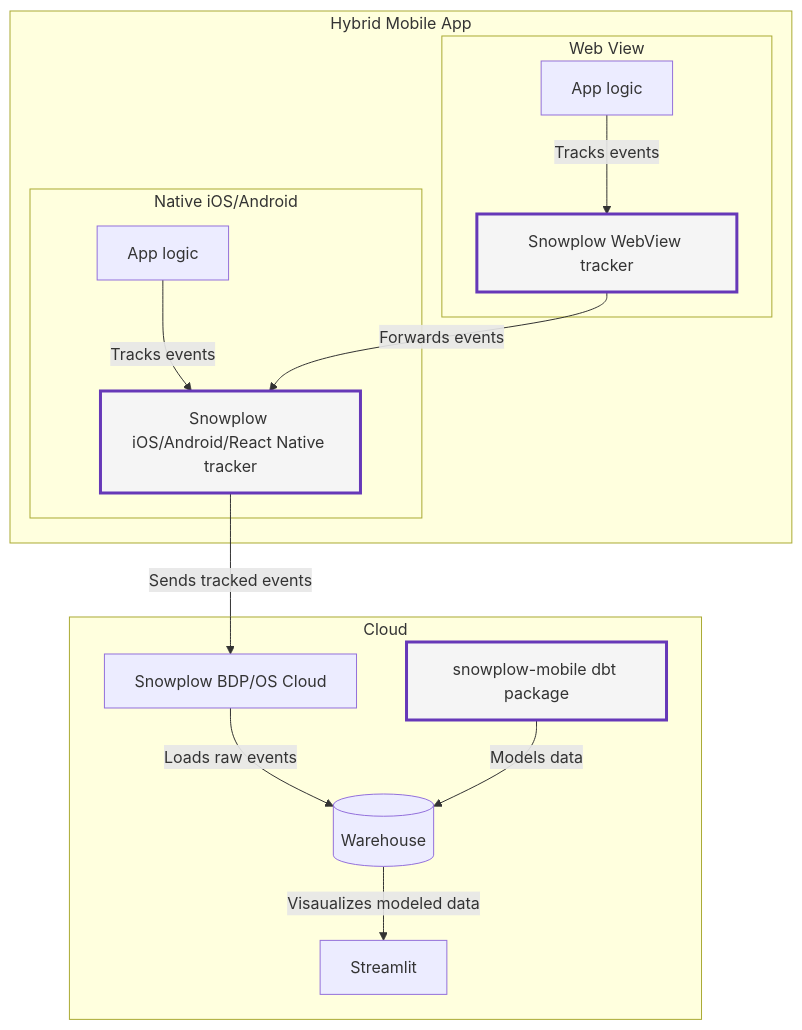
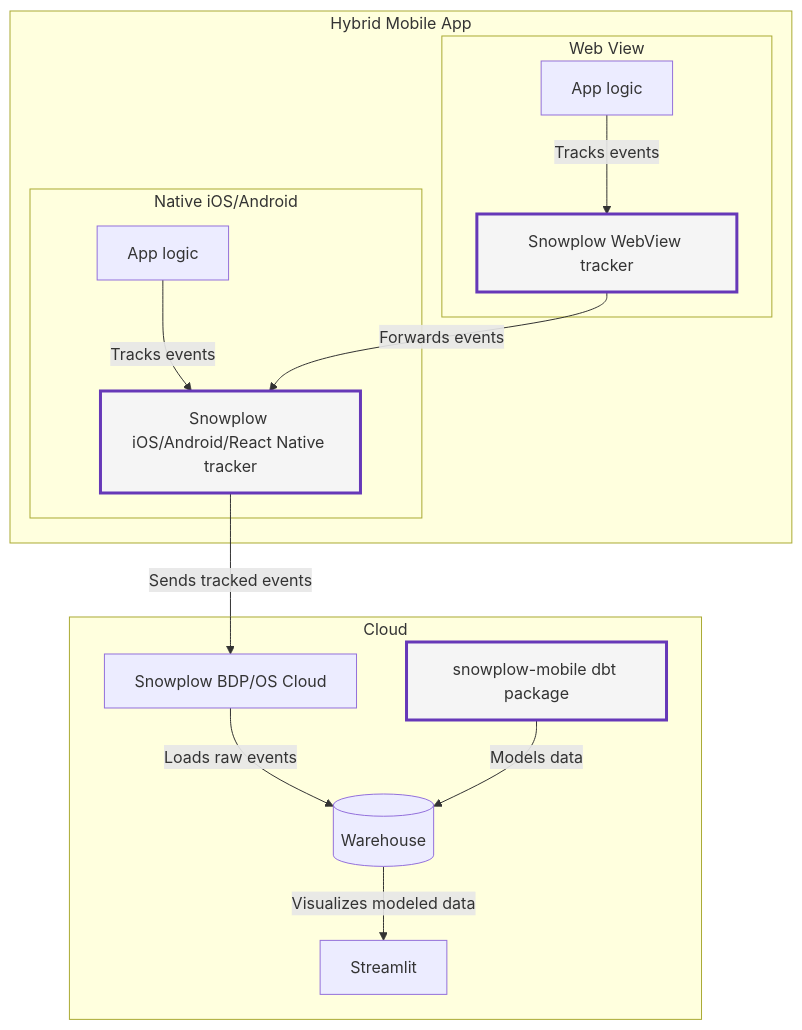
The second of 2 diagrams in content/_index.md (snowplow/mobile-hybrid-apps-accelerator), drawn with Mermaid before and after one commit. The commit also changed other lines of this file and 9 other files, not shown here.

```diff
--- a/content/_index.md
+++ b/content/_index.md
@@ -107,45 +107,45 @@
 {{<mermaid>}}
 flowchart TB
 
 subgraph hybridApp[Hybrid Mobile App]
 
     subgraph webView[Web View]
         webViewCode[App logic]
         webViewTracker[Snowplow WebView tracker]
 
         webViewCode -- "Tracks events" --> webViewTracker
 
         style webViewTracker fill:#f5f5f5,stroke:#6638B8,stroke-width:3px
         click webViewTracker "https://github.com/snowplow-incubator/snowplow-webview-tracker" "Open tracker package" _blank
     end
 
     subgraph nativeCode[Native iOS/Android]
         nativeAppCode[App logic]
         nativeTracker[Snowplow iOS/Android/React Native tracker]
 
         nativeAppCode -- "Tracks events" --> nativeTracker
 
         style nativeTracker fill:#f5f5f5,stroke:#6638B8,stroke-width:3px
         click nativeTracker "https://docs.snowplow.io/docs/collecting-data/collecting-from-own-applications/mobile-trackers/installation-and-set-up/" "Open tracker docs" _blank
     end
 
     webViewTracker -- "Forwards events" --> nativeTracker
 end
 
 subgraph cloud[Cloud]
     snowplow[Snowplow BDP/OS Cloud]
     warehouse[(Warehouse)]
     dbt[snowplow-mobile dbt package]
     streamlit[Streamlit]
 
     snowplow -- "Loads raw events" --> warehouse
     dbt -- "Models data" --> warehouse
-    warehouse -- "Visaualizes modeled data" --> streamlit
+    warehouse -- "Visualizes modeled data" --> streamlit
 
     style dbt fill:#f5f5f5,stroke:#6638B8,stroke-width:3px
     click dbt "https://docs.snowplowanalytics.com/docs/modeling-your-data/the-snowplow-mobile-data-model/dbt-mobile-data-model/" "Open dbt package" _blank
     click snowplow "https://snowplow.io/snowplow-bdp/" "Snowplow BDP" _blank
 end
 
 nativeTracker -- "Sends tracked events" --> snowplow
 {{</mermaid>}}
```
